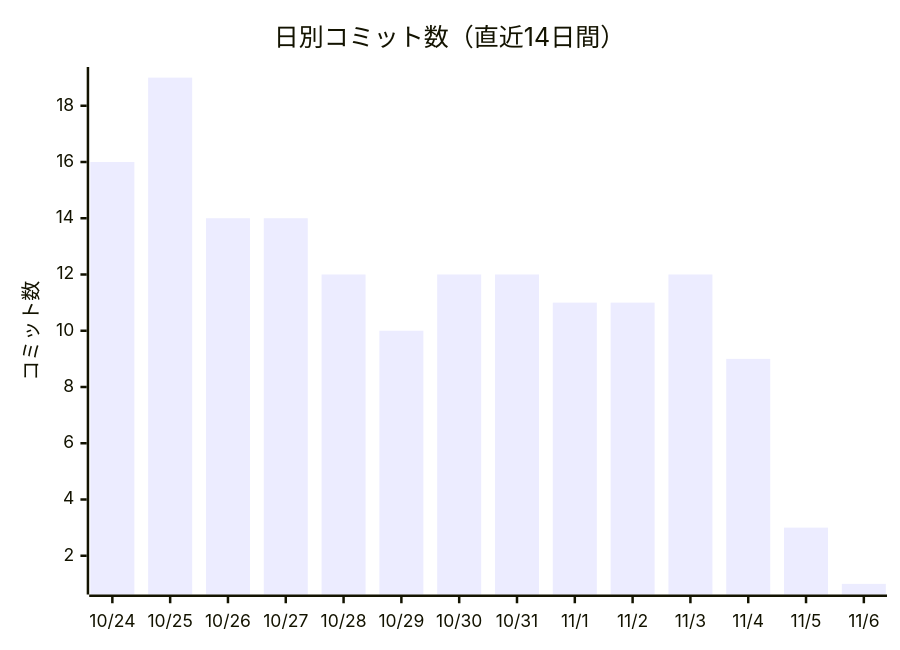
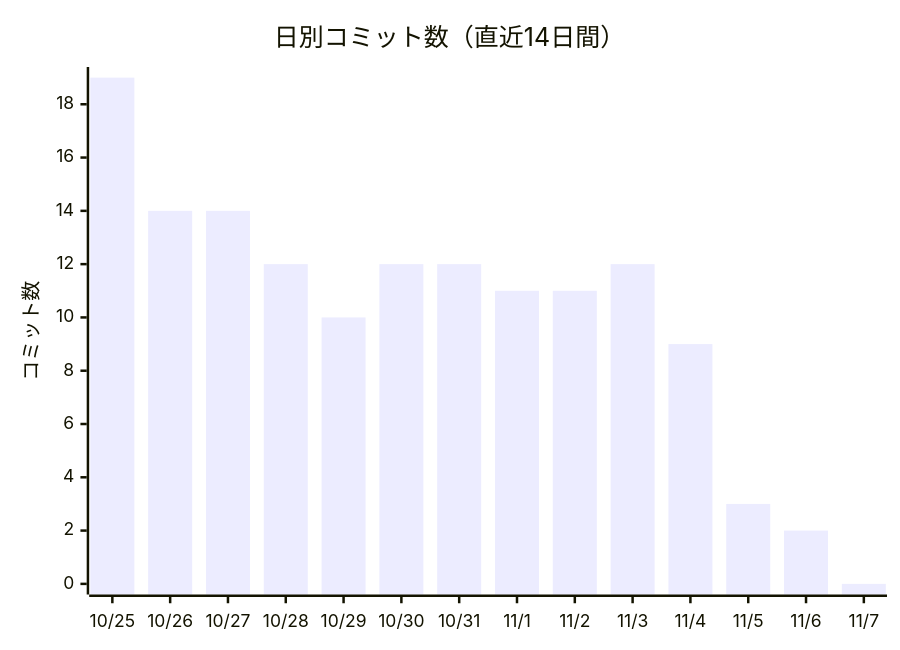
The first of 2 diagrams in docs/進化レポート.md (non-x2/non-x2), drawn with Mermaid before and after one commit. The commit also changed other lines of this file and 1 other file, not shown here.

````diff
--- a/docs/進化レポート.md
+++ b/docs/進化レポート.md
@@ -23,7 +23,7 @@
 ```mermaid
 xychart-beta
     title "日別コミット数（直近14日間）"
-    x-axis ["10/24", "10/25", "10/26", "10/27", "10/28", "10/29", "10/30", "10/31", "11/1", "11/2", "11/3", "11/4", "11/5", "11/6"]
+    x-axis ["10/25", "10/26", "10/27", "10/28", "10/29", "10/30", "10/31", "11/1", "11/2", "11/3", "11/4", "11/5", "11/6", "11/7"]
     y-axis "コミット数"
-    bar [16, 19, 14, 14, 12, 10, 12, 12, 11, 11, 12, 9, 3, 1]
+    bar [19, 14, 14, 12, 10, 12, 12, 11, 11, 12, 9, 3, 2, 0]
 ```
````
